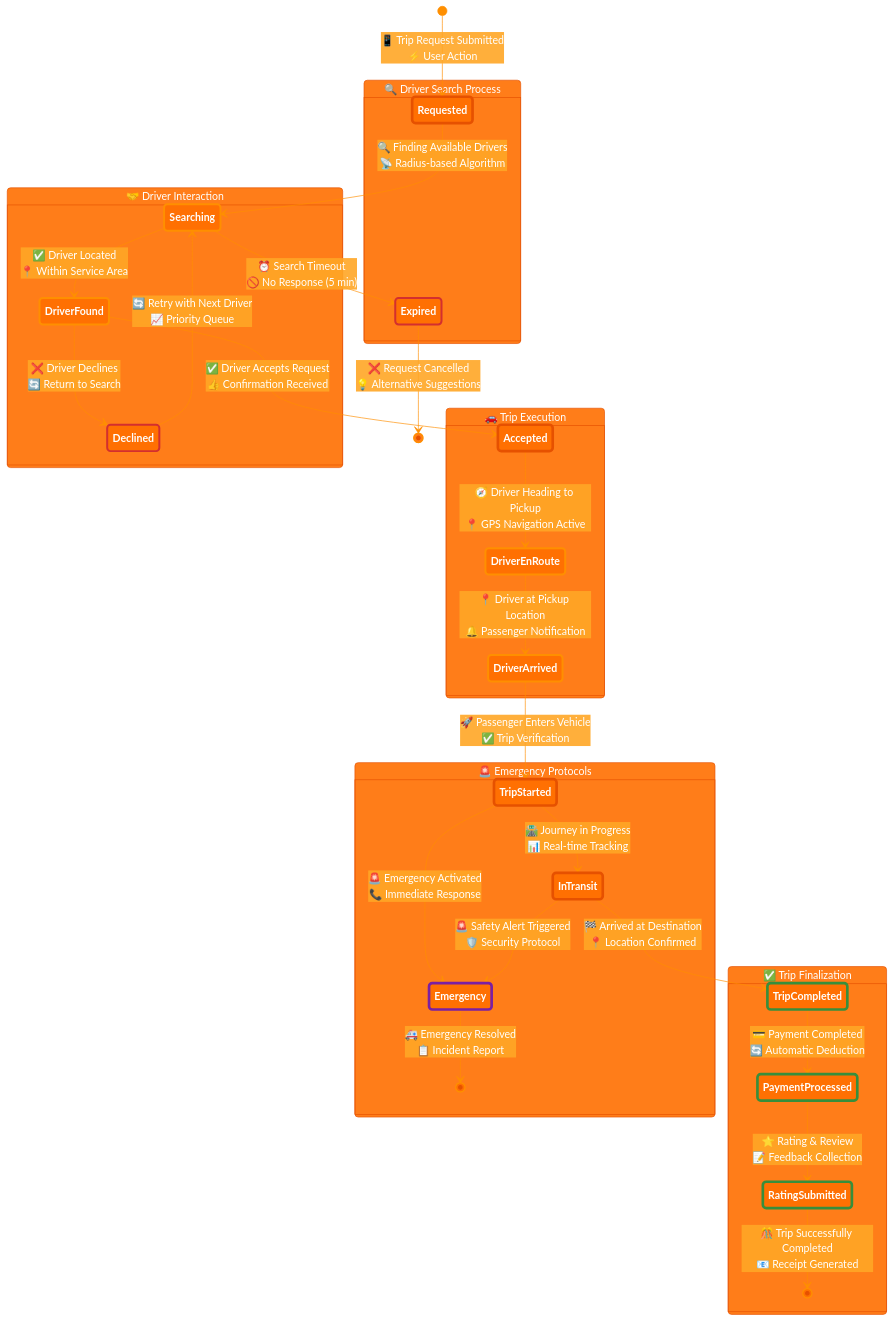
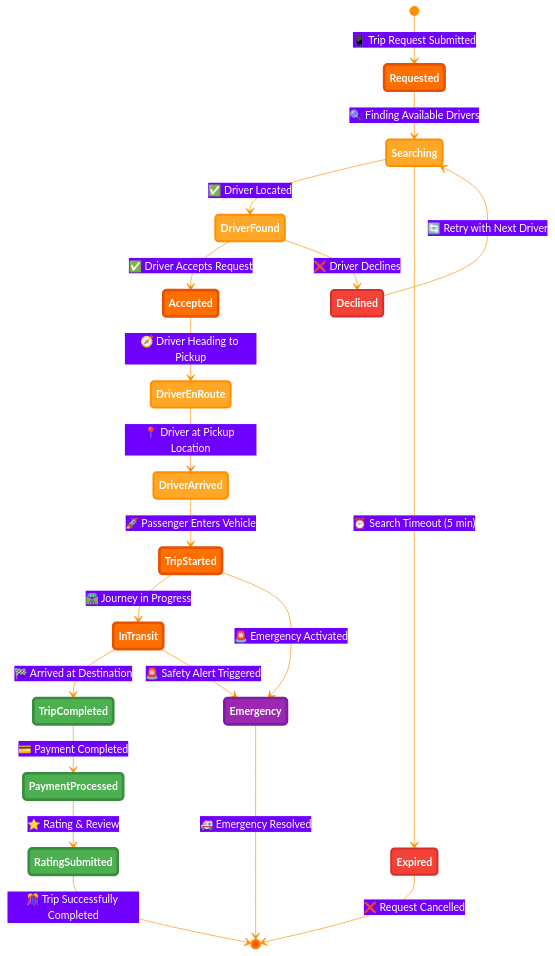
Before and after one commit to abdoElHodaky/transportapp: the second of 4 diagrams in docs/BUSINESS_PROCESSES_ENHANCED.md, drawn with Mermaid. The commit also changed other lines of this file, not shown here.

First line of the commit message:
fix: repair trip booking diagrams for proper rendering

````diff
--- a/docs/BUSINESS_PROCESSES_ENHANCED.md
+++ b/docs/BUSINESS_PROCESSES_ENHANCED.md
@@ -132,70 +108,51 @@
 ```mermaid
 %%{init: {
   'theme': 'base',
   'themeVariables': {
-    'primaryColor': 'rgba(255, 111, 0, 0.9)',
+    'background': 'transparent',
+    'primaryColor': '#FF6F00',
     'primaryTextColor': '#ffffff',
     'primaryBorderColor': '#E65100',
-    'lineColor': '#FF8F00',
-    'secondaryColor': 'rgba(255, 167, 38, 0.9)',
-    'tertiaryColor': 'rgba(255, 224, 178, 0.9)',
-    'background': 'transparent',
-    'mainBkg': 'rgba(255, 111, 0, 0.9)',
-    'secondBkg': 'rgba(255, 167, 38, 0.9)',
-    'tertiaryBkg': 'rgba(255, 224, 178, 0.9)'
+    'lineColor': '#FF8F00'
   }
 }}%%
 
 stateDiagram-v2
-    [*] --> Requested : 📱 Trip Request Submitted<br/>⚡ User Action
+    [*] --> Requested : 📱 Trip Request Submitted
     
-    state "🔍 Driver Search Process" as SearchGroup {
-        Requested --> Searching : 🔍 Finding Available Drivers<br/>📡 Radius-based Algorithm
-        Searching --> DriverFound : ✅ Driver Located<br/>📍 Within Service Area
-        Searching --> Expired : ⏰ Search Timeout<br/>🚫 No Response (5 min)
-    }
+    Requested --> Searching : 🔍 Finding Available Drivers
+    Searching --> DriverFound : ✅ Driver Located
+    Searching --> Expired : ⏰ Search Timeout (5 min)
     
-    state "🤝 Driver Interaction" as InteractionGroup {
-        DriverFound --> Accepted : ✅ Driver Accepts Request<br/>👍 Confirmation Received
-        DriverFound --> Declined : ❌ Driver Declines<br/>🔄 Return to Search
-        Declined --> Searching : 🔄 Retry with Next Driver<br/>📈 Priority Queue
-    }
+    DriverFound --> Accepted : ✅ Driver Accepts Request
+    DriverFound --> Declined : ❌ Driver Declines
+    Declined --> Searching : 🔄 Retry with Next Driver
     
-    state "🚗 Trip Execution" as ExecutionGroup {
-        Accepted --> DriverEnRoute : 🧭 Driver Heading to Pickup<br/>📍 GPS Navigation Active
-        DriverEnRoute --> DriverArrived : 📍 Driver at Pickup Location<br/>🔔 Passenger Notification
-        DriverArrived --> TripStarted : 🚀 Passenger Enters Vehicle<br/>✅ Trip Verification
-        TripStarted --> InTransit : 🛣️ Journey in Progress<br/>📊 Real-time Tracking
-        InTransit --> TripCompleted : 🏁 Arrived at Destination<br/>📍 Location Confirmed
-    }
+    Accepted --> DriverEnRoute : 🧭 Driver Heading to Pickup
+    DriverEnRoute --> DriverArrived : 📍 Driver at Pickup Location
+    DriverArrived --> TripStarted : 🚀 Passenger Enters Vehicle
+    TripStarted --> InTransit : 🛣️ Journey in Progress
+    InTransit --> TripCompleted : 🏁 Arrived at Destination
     
-    state "✅ Trip Finalization" as FinalizationGroup {
-        TripCompleted --> PaymentProcessed : 💳 Payment Completed<br/>🔄 Automatic Deduction
-        PaymentProcessed --> RatingSubmitted : ⭐ Rating & Review<br/>📝 Feedback Collection
-        RatingSubmitted --> [*] : 🎊 Trip Successfully Completed<br/>📧 Receipt Generated
-    }
+    TripCompleted --> PaymentProcessed : 💳 Payment Completed
+    PaymentProcessed --> RatingSubmitted : ⭐ Rating & Review
+    RatingSubmitted --> [*] : 🎊 Trip Successfully Completed
     
-    %% Error States
-    Expired --> [*] : ❌ Request Cancelled<br/>💡 Alternative Suggestions
+    Expired --> [*] : ❌ Request Cancelled
     
-    %% Emergency Handling
-    state "🚨 Emergency Protocols" as EmergencyGroup {
-        TripStarted --> Emergency : 🚨 Emergency Activated<br/>📞 Immediate Response
-        InTransit --> Emergency : 🚨 Safety Alert Triggered<br/>🛡️ Security Protocol
-        Emergency --> [*] : 🚑 Emergency Resolved<br/>📋 Incident Report
-    }
+    TripStarted --> Emergency : 🚨 Emergency Activated
+    InTransit --> Emergency : 🚨 Safety Alert Triggered
+    Emergency --> [*] : 🚑 Emergency Resolved
 
-    %% Professional State Styling with Transparency
-    classDef activeState fill:rgba(255,111,0,0.9),stroke:#E65100,stroke-width:4px,color:#ffffff,font-weight:bold
-    classDef waitingState fill:rgba(255,167,38,0.9),stroke:#FF8F00,stroke-width:3px,color:#ffffff,font-weight:bold
-    classDef errorState fill:rgba(244,67,54,0.9),stroke:#D32F2F,stroke-width:3px,color:#ffffff,font-weight:bold
-    classDef finalState fill:rgba(76,175,80,0.9),stroke:#388E3C,stroke-width:4px,color:#ffffff,font-weight:bold
-    classDef emergencyState fill:rgba(156,39,176,0.9),stroke:#7B1FA2,stroke-width:4px,color:#ffffff,font-weight:bold
-    classDef decisionState fill:rgba(33,150,243,0.9),stroke:#1976D2,stroke-width:4px,color:#ffffff,font-weight:bold
+    classDef activeState fill:#FF6F00,stroke:#E65100,stroke-width:4px,color:#ffffff,font-weight:bold
+    classDef waitingState fill:#FFA726,stroke:#FF8F00,stroke-width:3px,color:#ffffff,font-weight:bold
+    classDef errorState fill:#F44336,stroke:#D32F2F,stroke-width:3px,color:#ffffff,font-weight:bold
+    classDef finalState fill:#4CAF50,stroke:#388E3C,stroke-width:4px,color:#ffffff,font-weight:bold
+    classDef emergencyState fill:#9C27B0,stroke:#7B1FA2,stroke-width:4px,color:#ffffff,font-weight:bold
 
     class Requested,Accepted,TripStarted,InTransit activeState
     class Searching,DriverEnRoute,DriverArrived,DriverFound waitingState
     class Expired,Declined errorState
     class TripCompleted,PaymentProcessed,RatingSubmitted finalState
     class Emergency emergencyState
 ```
````
